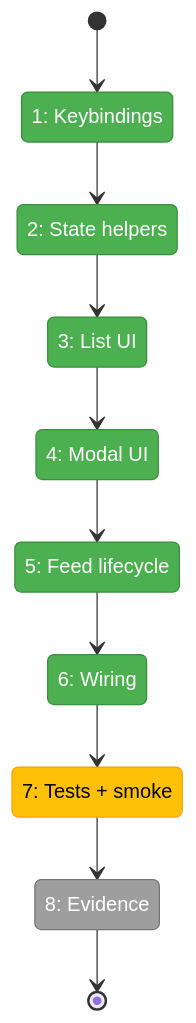
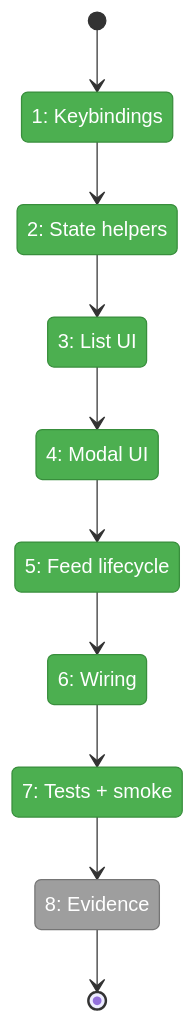
The first of 2 diagrams in docs/plans/007-options-for-pi-extensions-that-do-subagents/tasks/phase-2-full-modal-minih-run-viewer/tasks.fltplan.md (vaughanknight/pij), drawn with Mermaid before and after one commit. The commit also changed other lines of this file and 3 other files, not shown here.

Commit message:
test(minih): smoke modal viewer flow

````diff
--- a/docs/plans/007-options-for-pi-extensions-that-do-subagents/tasks/phase-2-full-modal-minih-run-viewer/tasks.fltplan.md
+++ b/docs/plans/007-options-for-pi-extensions-that-do-subagents/tasks/phase-2-full-modal-minih-run-viewer/tasks.fltplan.md
@@ -43,30 +43,29 @@
 ```mermaid
 stateDiagram-v2
     classDef pending fill:#9E9E9E,stroke:#757575,color:#fff
     classDef active fill:#FFC107,stroke:#FFA000,color:#000
     classDef done fill:#4CAF50,stroke:#388E3C,color:#fff
     classDef blocked fill:#F44336,stroke:#D32F2F,color:#fff
 
     state "1: Keybindings" as S1
     state "2: State helpers" as S2
     state "3: List UI" as S3
     state "4: Modal UI" as S4
     state "5: Feed lifecycle" as S5
     state "6: Wiring" as S6
     state "7: Tests + smoke" as S7
     state "8: Evidence" as S8
 
     [*] --> S1
     S1 --> S2
     S2 --> S3
     S3 --> S4
     S4 --> S5
     S5 --> S6
     S6 --> S7
     S7 --> S8
     S8 --> [*]
 
-    class S1,S2,S3,S4,S5,S6 done
-    class S7 active
+    class S1,S2,S3,S4,S5,S6,S7 done
     class S8 pending
 ```
````
